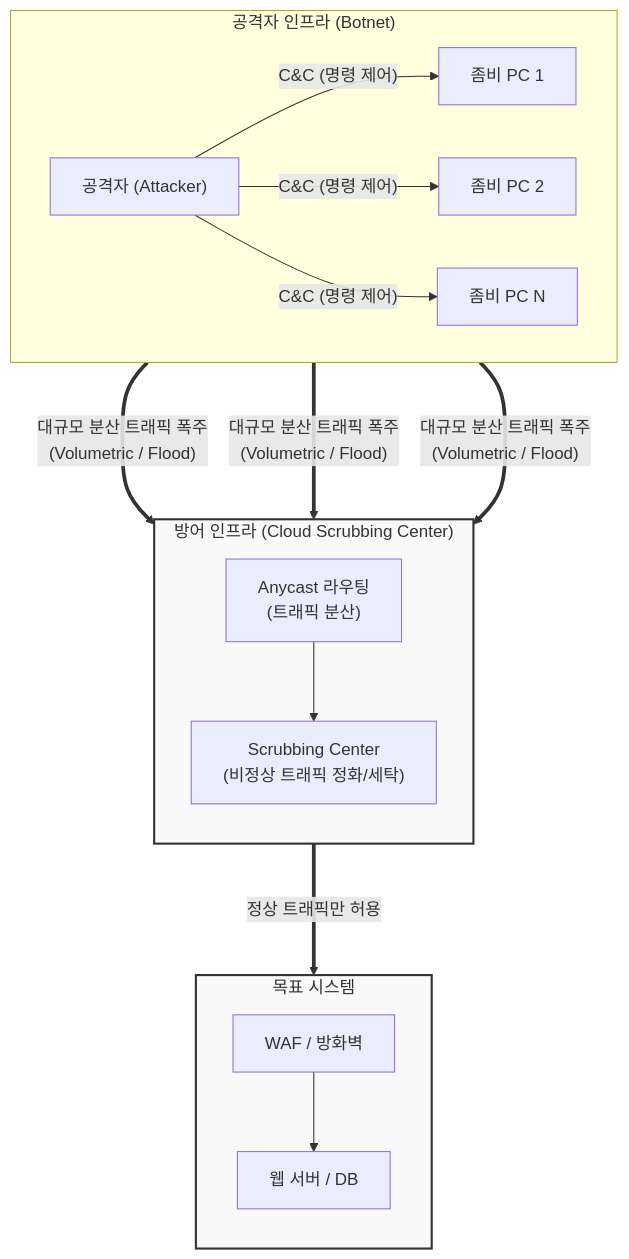
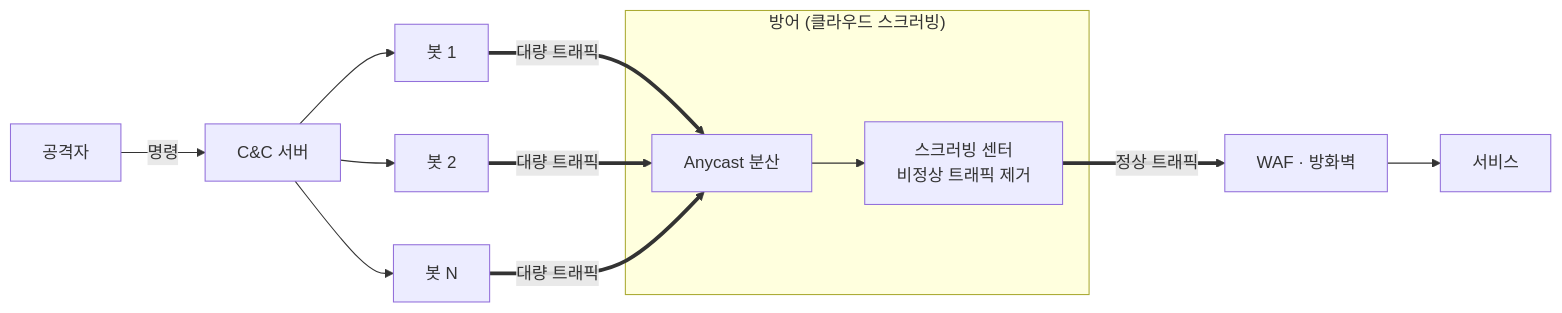
The diagram in content/01_IT Tech/DDOS.md (supremethumb/supremethumb.github.io), drawn with Mermaid before and after one commit. The commit also changed other lines of this file and 1087 other files, not shown here.

````diff
--- a/content/01_IT Tech/DDOS.md
+++ b/content/01_IT Tech/DDOS.md
@@ -31,30 +36,12 @@
 ```mermaid
-flowchart TD
-    subgraph Attacker_Network ["공격자 인프라 (Botnet)"]
-        direction LR
-        Attacker["공격자 (Attacker)"] -->|"C&C (명령 제어)"| C1["좀비 PC 1"]
-        Attacker -->|"C&C (명령 제어)"| C2["좀비 PC 2"]
-        Attacker -->|"C&C (명령 제어)"| C3["좀비 PC N"]
+flowchart LR
+    ATK["공격자"] -->|"명령"| CC["C&C 서버"]
+    CC --> B1["봇 1"]
+    CC --> B2["봇 2"]
+    CC --> BN["봇 N"]
+    B1 & B2 & BN ==>|"대량 트래픽"| AC["Anycast 분산"]
+    subgraph DEF["방어 (클라우드 스크러빙)"]
+        AC --> SC["스크러빙 센터<br/>비정상 트래픽 제거"]
     end
-
-    subgraph Defense_System ["방어 인프라 (Cloud Scrubbing Center)"]
-        direction TB
-        Anycast["Anycast 라우팅<br/>(트래픽 분산)"]
-        Scrubbing["Scrubbing Center<br/>(비정상 트래픽 정화/세탁)"]
-        Anycast --> Scrubbing
-    end
-
-    subgraph Target_Server ["목표 시스템"]
-        direction TB
-        WAF["WAF / 방화벽"]
-        Server["웹 서버 / DB"]
-        WAF --> Server
-    end
-
-    C1 & C2 & C3 == "대규모 분산 트래픽 폭주<br/>(Volumetric / Flood)" ===> Anycast
-    Scrubbing == "정상 트래픽만 허용" ===> WAF
-    
-    classDef major fill:#f9f9f9,stroke:#333,stroke-width:2px;
-    class Defense_System,Target_Server major;
-
+    SC ==>|"정상 트래픽"| WAF["WAF · 방화벽"] --> SRV["서비스"]
 ```
````
